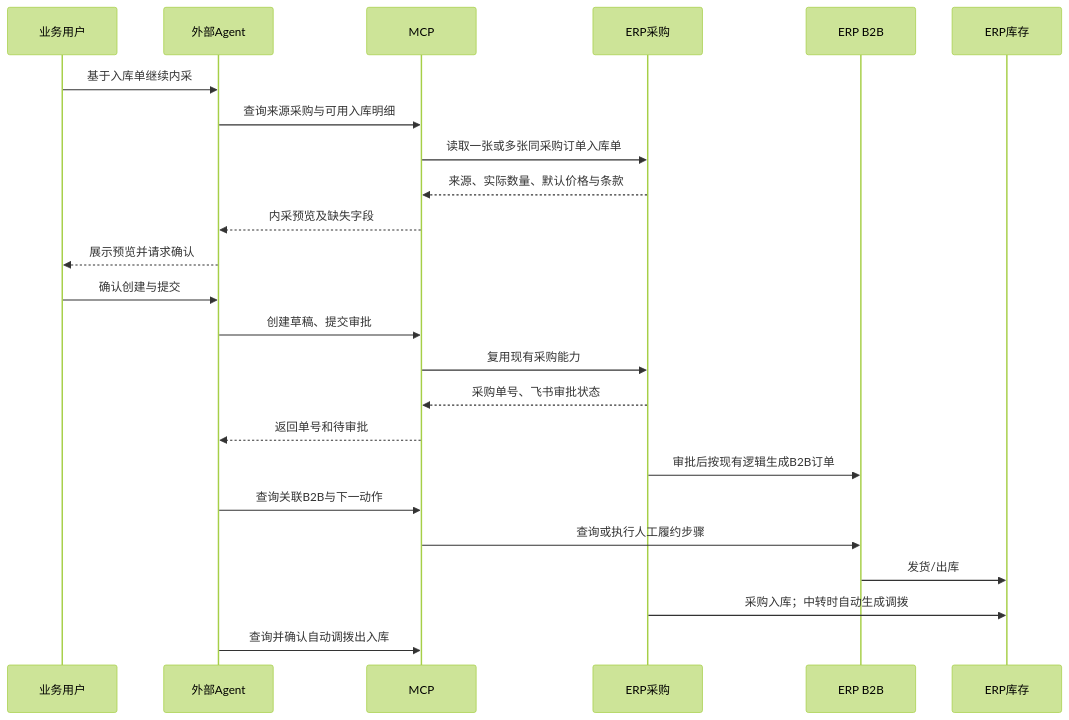
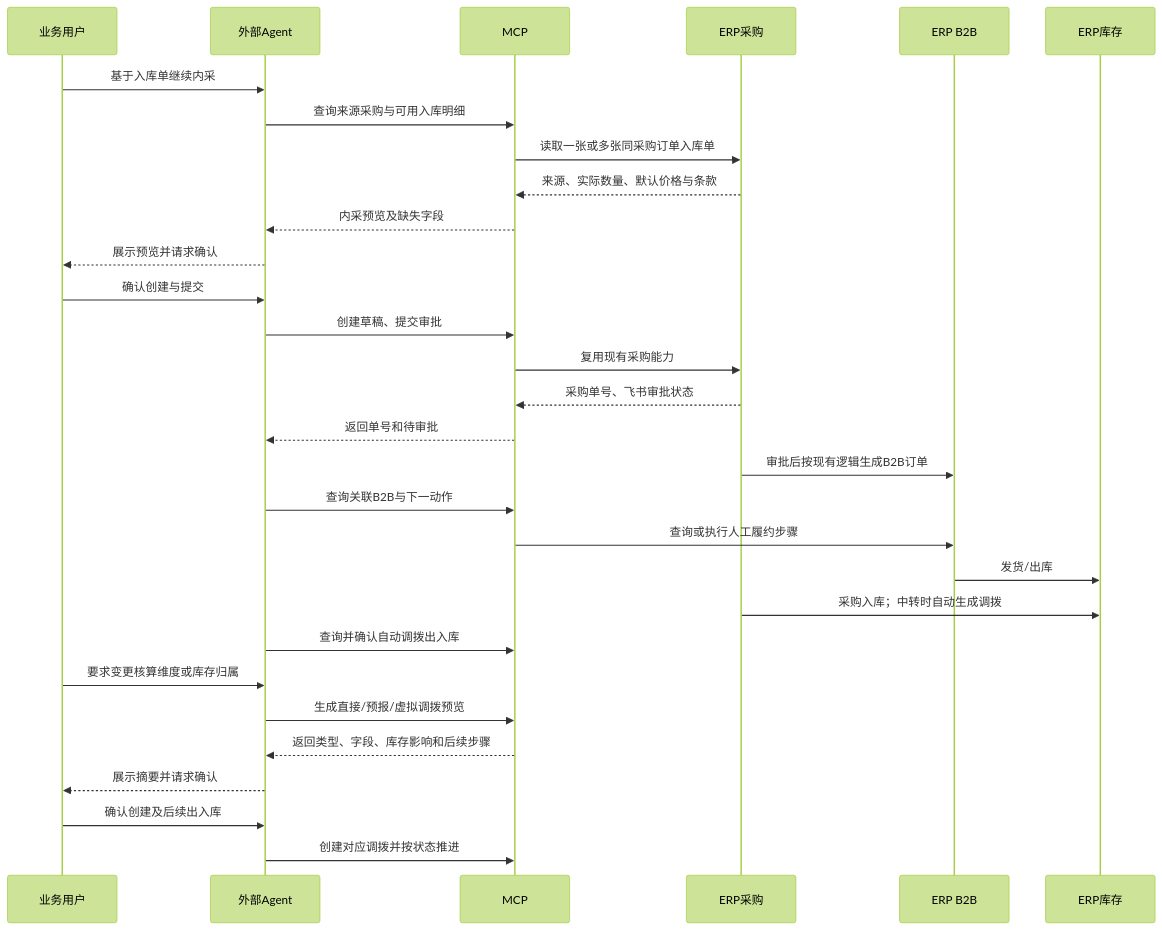
One commit to arlo-hello/erp-ai-docs-arlo changed the second of 2 diagrams in docs/v0.28.7/tasks/0205/product-plan.md. Above: the diagram before and after it, drawn with Mermaid (forest theme). The commit also changed other lines of this file and 8 other files, not shown here.

````diff
--- a/docs/v0.28.7/tasks/0205/product-plan.md
+++ b/docs/v0.28.7/tasks/0205/product-plan.md
@@ -64,26 +73,32 @@
 ```mermaid
 sequenceDiagram
   participant U as 业务用户
   participant A as 外部Agent
   participant M as MCP
   participant P as ERP采购
   participant B as ERP B2B
   participant I as ERP库存
   U->>A: 基于入库单继续内采
   A->>M: 查询来源采购与可用入库明细
   M->>P: 读取一张或多张同采购订单入库单
   P-->>M: 来源、实际数量、默认价格与条款
   M-->>A: 内采预览及缺失字段
   A-->>U: 展示预览并请求确认
   U->>A: 确认创建与提交
   A->>M: 创建草稿、提交审批
   M->>P: 复用现有采购能力
   P-->>M: 采购单号、飞书审批状态
   M-->>A: 返回单号和待审批
   P->>B: 审批后按现有逻辑生成B2B订单
   A->>M: 查询关联B2B与下一动作
   M->>B: 查询或执行人工履约步骤
   B->>I: 发货/出库
   P->>I: 采购入库；中转时自动生成调拨
   A->>M: 查询并确认自动调拨出入库
+  U->>A: 要求变更核算维度或库存归属
+  A->>M: 生成直接/预报/虚拟调拨预览
+  M-->>A: 返回类型、字段、库存影响和后续步骤
+  A-->>U: 展示摘要并请求确认
+  U->>A: 确认创建及后续出入库
+  A->>M: 创建对应调拨并按状态推进
 ```
````
